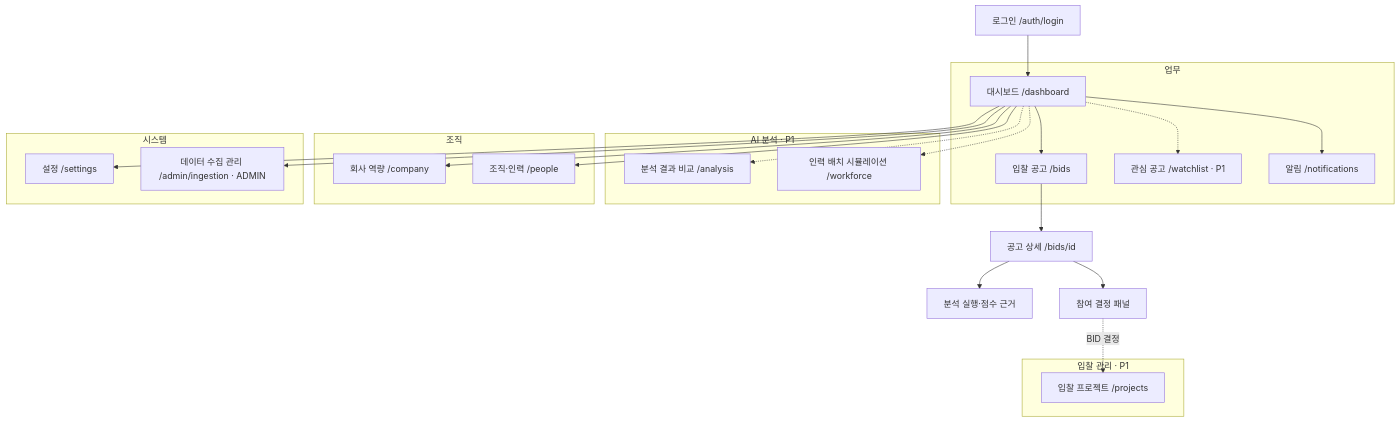
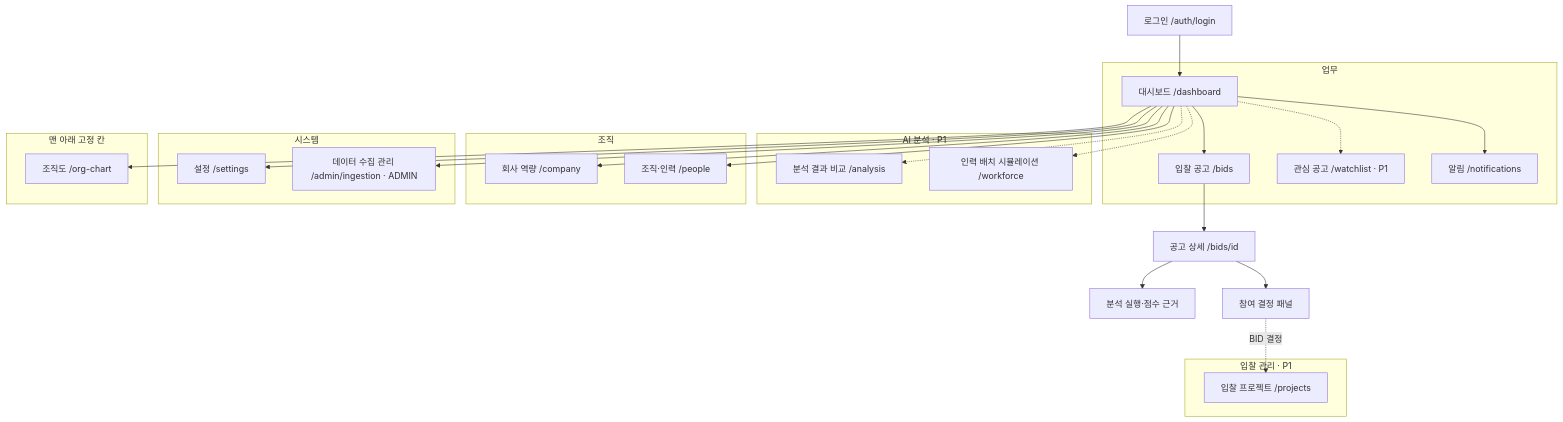
The diagram in docs/06-UI-UX.md (solideoai/sol-radar), drawn with Mermaid before and after one commit. The commit also changed other lines of this file and 3 other files, not shown here.

````diff
--- a/docs/06-UI-UX.md
+++ b/docs/06-UI-UX.md
@@ -27,38 +27,42 @@
 ```mermaid
 flowchart TD
  L[로그인 /auth/login] --> D
  subgraph 업무
   D[대시보드 /dashboard]
   B[입찰 공고 /bids]
   W[관심 공고 /watchlist · P1]
   N[알림 /notifications]
  end
  subgraph AI분석[AI 분석 · P1]
   AN[분석 결과 비교 /analysis]
   WF[인력 배치 시뮬레이션 /workforce]
  end
  subgraph 입찰관리[입찰 관리 · P1]
   P[입찰 프로젝트 /projects]
  end
  subgraph 조직
   C[회사 역량 /company]
   O[조직·인력 /people]
  end
  subgraph 시스템
   ST[설정 /settings]
   M[데이터 수집 관리 /admin/ingestion · ADMIN]
  end
+ subgraph 고정칸[맨 아래 고정 칸]
+  OC[조직도 /org-chart]
+ end
  D --> B
  B --> S[공고 상세 /bids/id]
  S --> A[분석 실행·점수 근거]
  S --> R[참여 결정 패널]
  D --> N
  D --> C
  D --> O
  D --> ST
  D --> M
+ D --> OC
  D -.-> W
  D -.-> AN
  D -.-> WF
  R -.->|BID 결정| P
 ```
````
